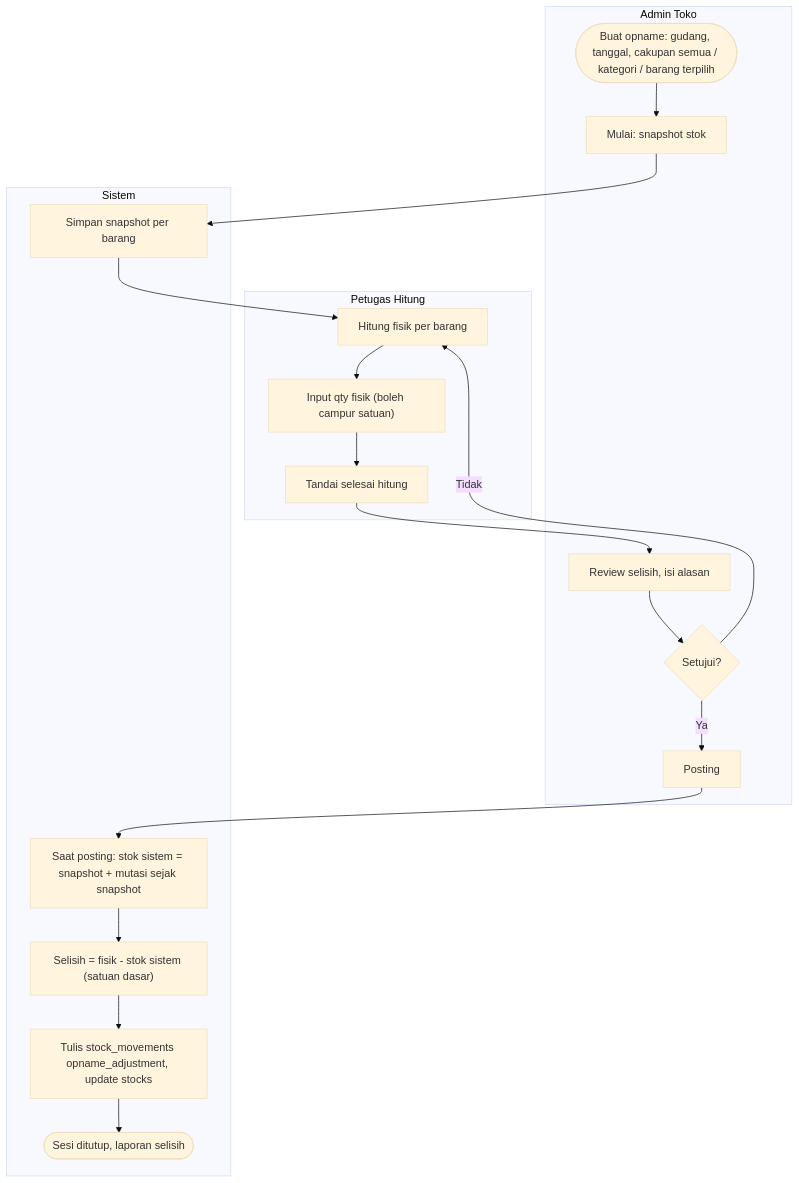
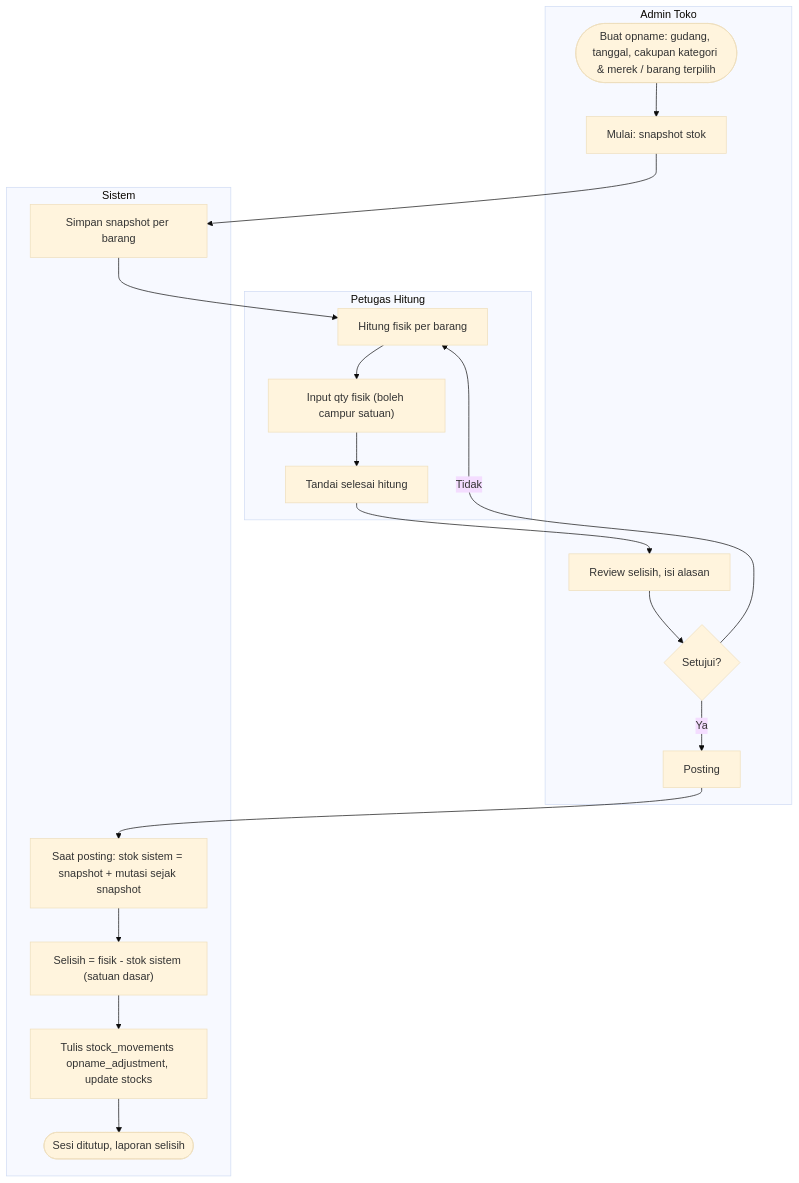
One commit to aliefpraditya/store-management changed the seventh of 30 diagrams in docs/analisis-sistem.md. Above: the diagram before and after it, drawn with Mermaid (base theme). The commit also changed other lines of this file and 9 other files, not shown here.

````diff
--- a/docs/analisis-sistem.md
+++ b/docs/analisis-sistem.md
@@ -569,24 +569,24 @@
 ```mermaid
 flowchart TD
     subgraph ADM["Admin Toko"]
-        A1(["Buat opname: gudang, tanggal, cakupan semua / kategori / barang terpilih"]) --> A2["Mulai: snapshot stok"]
+        A1(["Buat opname: gudang, tanggal, cakupan kategori & merek / barang terpilih"]) --> A2["Mulai: snapshot stok"]
         A6["Review selisih, isi alasan"]
         A7{"Setujui?"}
         A8["Posting"]
     end
     subgraph PT["Petugas Hitung"]
         P1["Hitung fisik per barang"] --> P2["Input qty fisik (boleh campur satuan)"]
         P3["Tandai selesai hitung"]
     end
     subgraph SYS["Sistem"]
         S1["Simpan snapshot per barang"]
         S2["Saat posting: stok sistem = snapshot + mutasi sejak snapshot"]
         S3["Selisih = fisik - stok sistem (satuan dasar)"]
         S4["Tulis stock_movements opname_adjustment, update stocks"]
         S5(["Sesi ditutup, laporan selisih"])
     end
     A2 --> S1 --> P1
     P2 --> P3 --> A6 --> A7
     A7 -->|"Tidak"| P1
     A7 -->|"Ya"| A8 --> S2 --> S3 --> S4 --> S5
 ```
````
